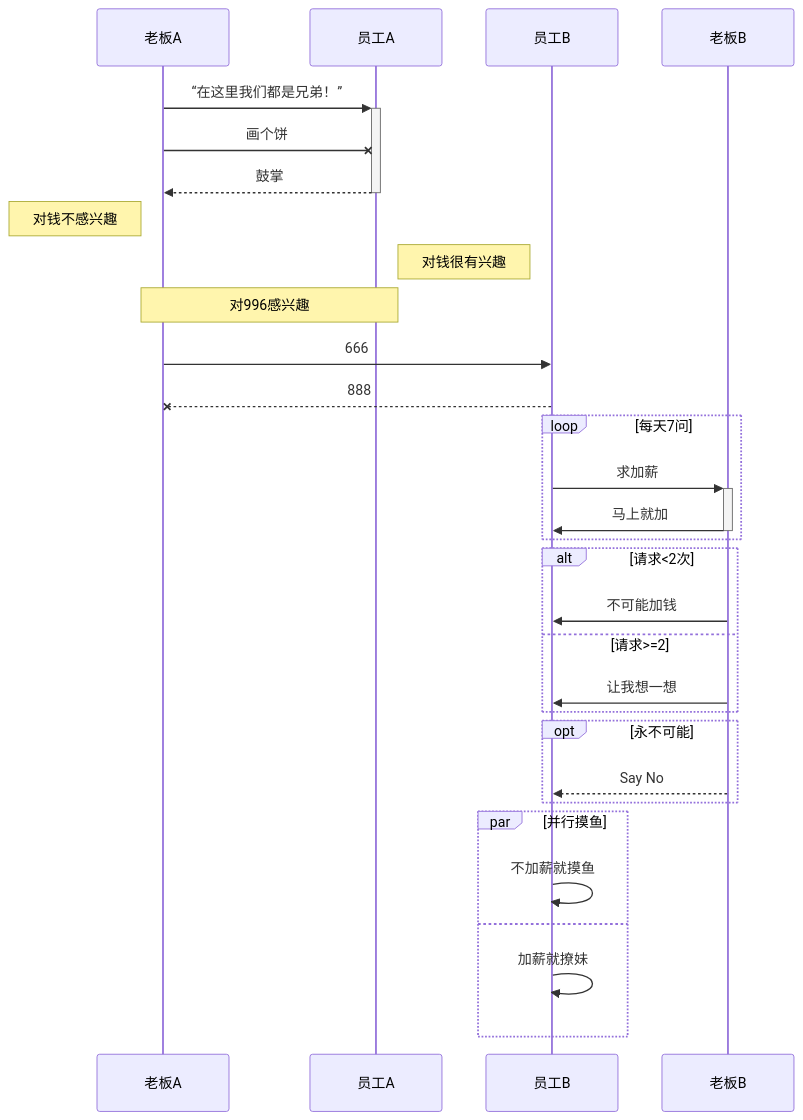
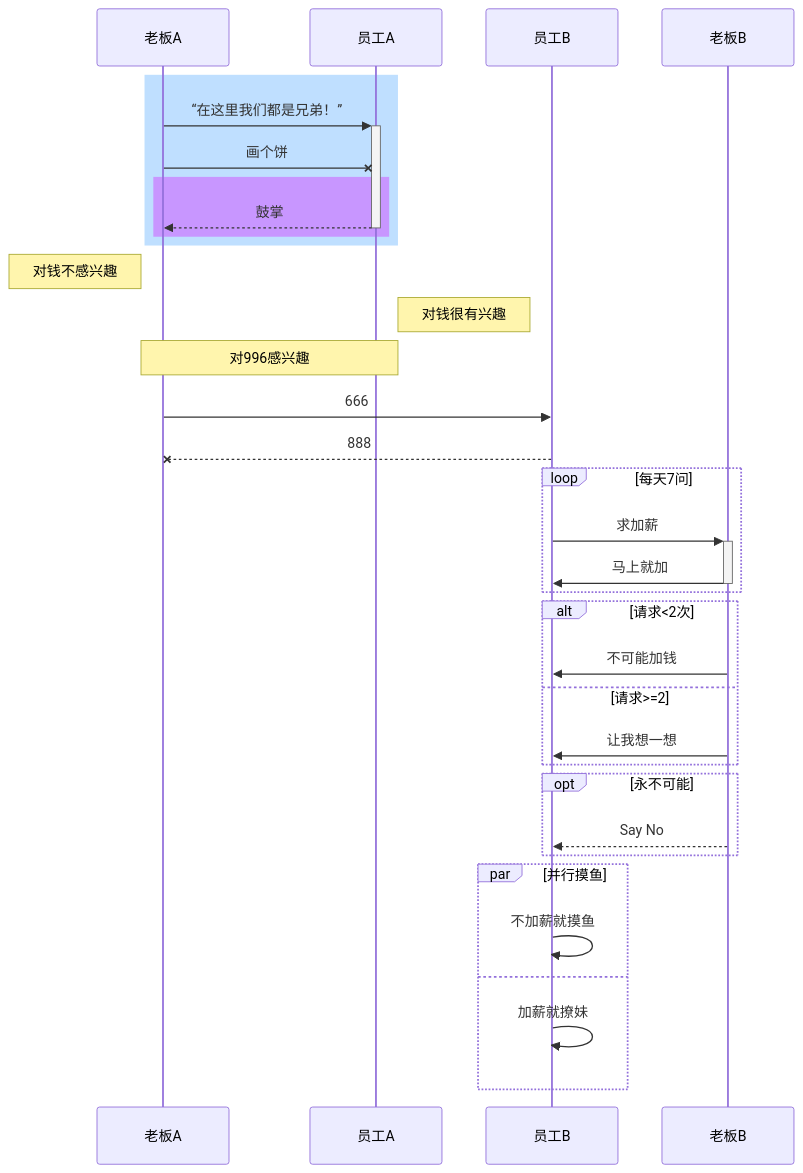
The fourth of 5 diagrams in docs/pages/essay/mermaid-usage.md (cxhan/development-notes), drawn with Mermaid before and after one commit. The commit also changed other lines of this file and 2 other files, not shown here.

Commit message:
新增mermaid-flowchart-subgraph,pie-chart绘制文档内容

````diff
--- a/docs/pages/essay/mermaid-usage.md
+++ b/docs/pages/essay/mermaid-usage.md
@@ -127,32 +187,36 @@
 ```mermaid
 sequenceDiagram
 participant 老板A
 participant 员工A
 participant 员工B
 participant 老板B
+rect rgb(191, 223, 255)
 老板A ->> + 员工A : “在这里我们都是兄弟！”
 老板A -x 员工A : 画个饼
+rect rgb(200, 150, 255)
 员工A -->> - 老板A : 鼓掌
+end
+end
 Note left of 老板A : 对钱不感兴趣
 Note right of 员工A : 对钱很有兴趣
 Note over 老板A,员工A : 对996感兴趣
 老板A ->> 员工B : 666
 员工B --x 老板A : 888
 loop 每天7问
 员工B ->> + 老板B : 求加薪
 老板B ->> - 员工B : 马上就加
 end
 alt 请求<2次
     老板B ->> 员工B : 不可能加钱
 else 请求>=2
     老板B ->> 员工B : 让我想一想
 end
 opt 永不可能
     老板B -->> 员工B : Say No
 end
 par 并行摸鱼
     员工B ->> 员工B : 不加薪就摸鱼
 and
     员工B ->> 员工B : 加薪就撩妹
 end
 ```
````
